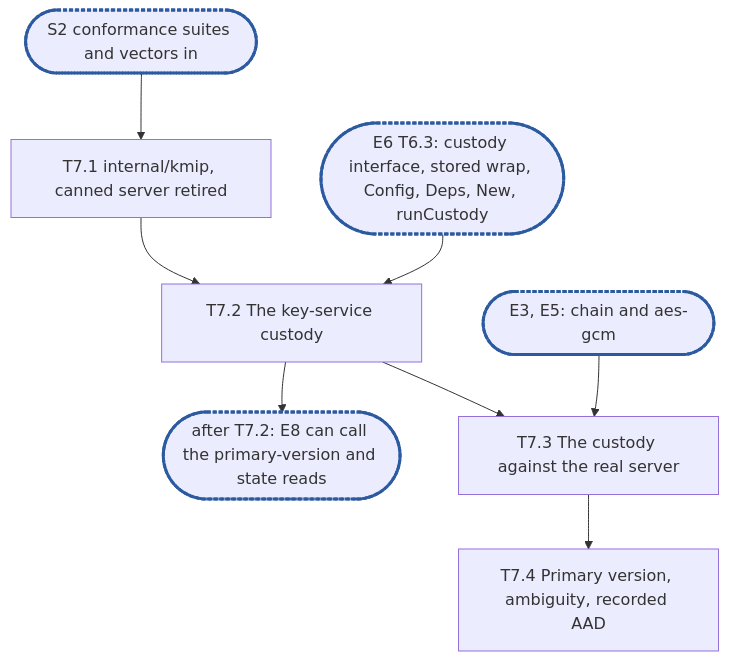
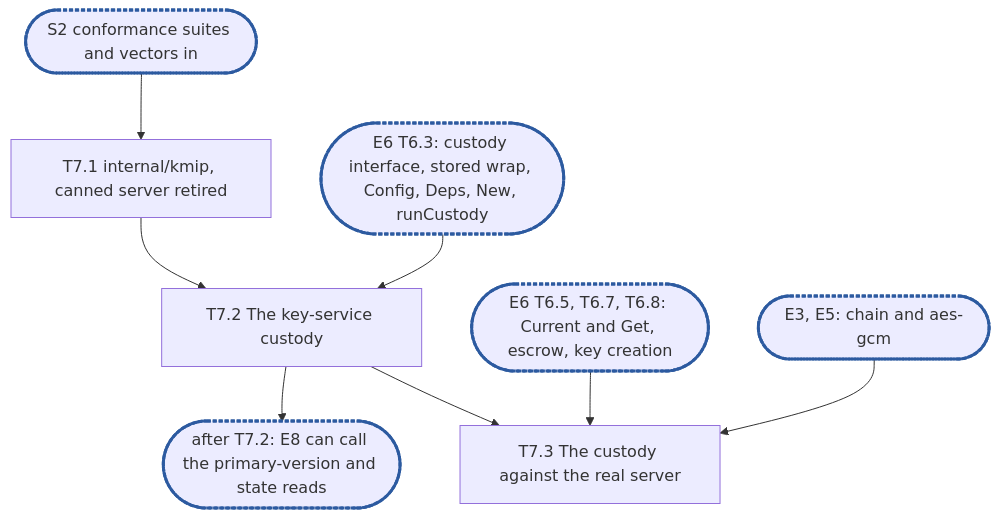
Before and after one commit to cubbit/dittofs: the diagram in .planning/rfc-5-transforms-epic7.md, drawn with Mermaid. The commit also changed other lines of this file, not shown here.

````diff
--- a/.planning/rfc-5-transforms-epic7.md
+++ b/.planning/rfc-5-transforms-epic7.md
@@ -528,11 +550,11 @@
 ```mermaid
 flowchart TD
   S2(["S2 conformance suites and vectors in"]):::sync --> T7_1["T7.1 internal/kmip, canned server retired"]
   T7_1 --> T7_2["T7.2 The key-service custody"]
-  E6(["E6 T6.3: custody interface, stored wrap, Config, Deps, New, runCustody"]):::sync --> T7_2
+  dep6a(["E6 T6.3: custody interface, stored wrap, Config, Deps, New, runCustody"]):::sync --> T7_2
   T7_2 --> C1(["after T7.2: E8 can call the primary-version and state reads"]):::sync
   T7_2 --> T7_3["T7.3 The custody against the real server"]
+  dep6b(["E6 T6.5, T6.7, T6.8: Current and Get, escrow, key creation"]):::sync --> T7_3
   E5(["E3, E5: chain and aes-gcm"]):::sync --> T7_3
-  T7_3 --> T7_4["T7.4 Primary version, ambiguity, recorded AAD"]
   classDef sync stroke:#2c5aa0,stroke-width:3px,stroke-dasharray:4 2
 ```
````
